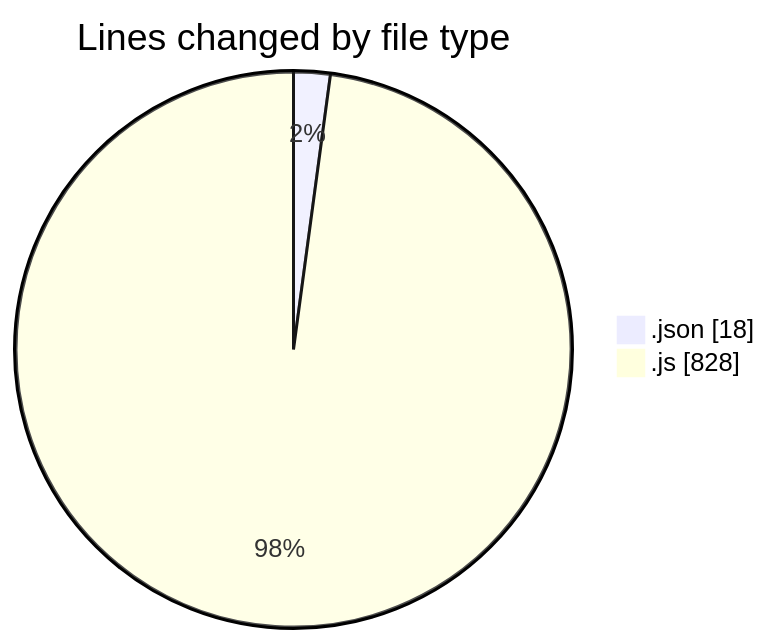
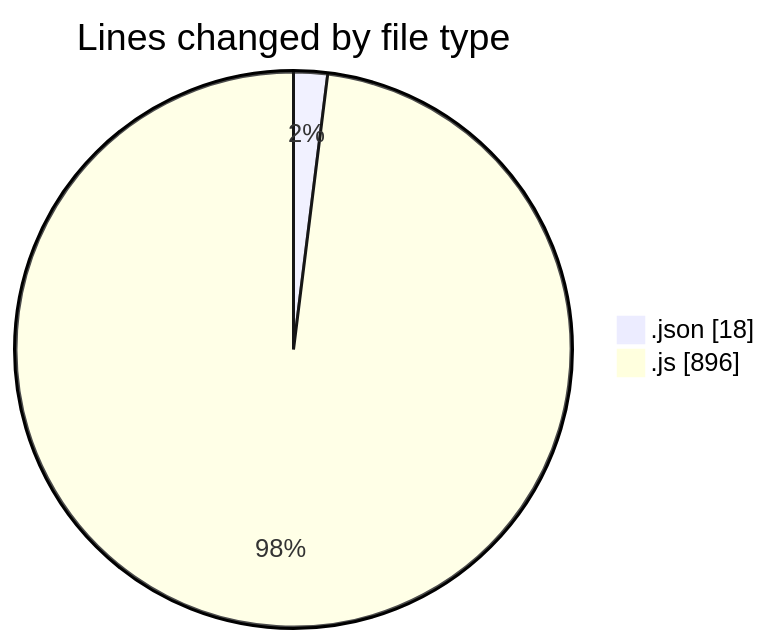
Before and after one commit to BS-eng2023/code-tracking: the first of 2 diagrams in 2025-04-01/jsvms/README.md, drawn with Mermaid. The commit also changed other lines of this file and 1 other file, not shown here.

````diff
--- a/2025-04-01/jsvms/README.md
+++ b/2025-04-01/jsvms/README.md
@@ -31,6 +32,6 @@
 ```mermaid
 pie showData
 title Lines changed by file type
 ".json" : 18
-".js" : 828
+".js" : 896
 ```
````
